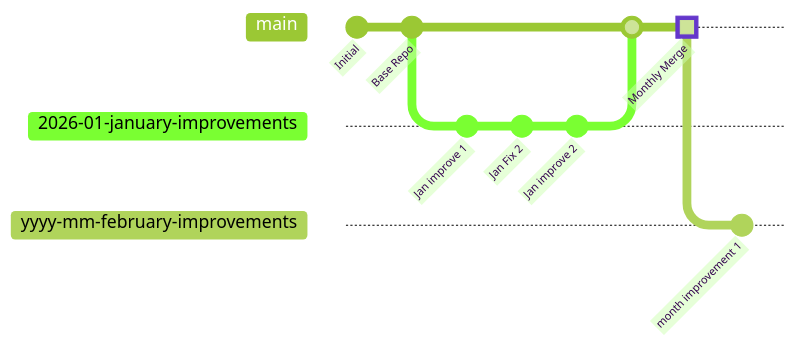
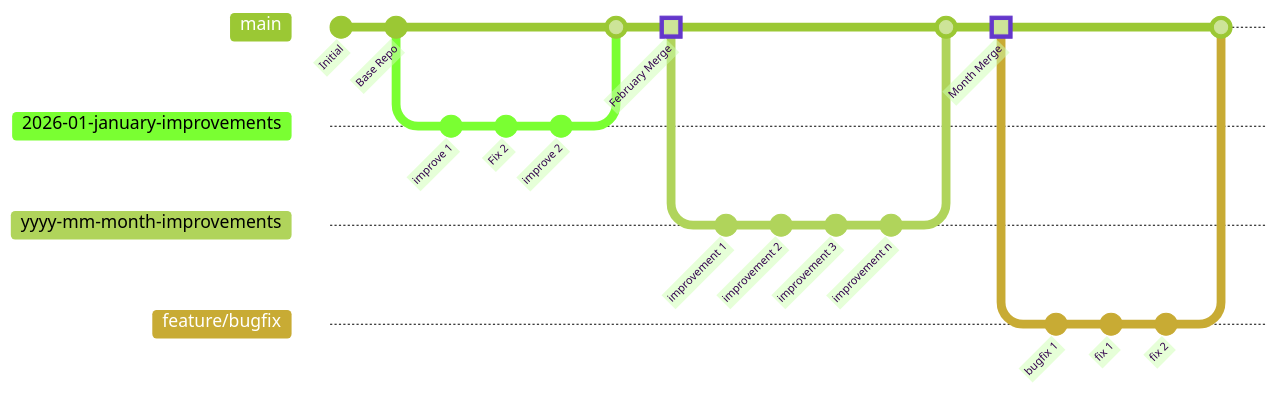
Before and after one commit to aleon1220/utilities-automation-toolbox: the diagram in .github/workflows/readme.md, drawn with Mermaid. The commit also changed other lines of this file and 4 other files, not shown here.

First line of the commit message:
Feature/GitHub actions improve (#15)

````diff
--- a/.github/workflows/readme.md
+++ b/.github/workflows/readme.md
@@ -9,20 +10,39 @@
 ```mermaid
 %%{init: { 'theme': 'forest' } }%%
 gitGraph
     commit id: "Initial"
     commit id: "Base Repo"
     
     branch "2026-01-january-improvements"
     checkout "2026-01-january-improvements"
-    commit id: "Jan improve 1"
-    commit id: "Jan Fix 2"
-    commit id: "Jan improve 2"
+    commit id: "improve 1"
+    commit id: "Fix 2"
+    commit id: "improve 2"
     
     checkout main
     merge "2026-01-january-improvements"
-    commit id: "Monthly Merge" type: HIGHLIGHT
+    commit id: "February Merge" type: HIGHLIGHT
+       
+    branch "yyyy-mm-month-improvements"
+    checkout "yyyy-mm-month-improvements"
+    commit id: "improvement 1"
+    commit id: "improvement 2"
+    commit id: "improvement 3"
+    commit id: "improvement n"
+
+    checkout main
+    merge "yyyy-mm-month-improvements"
+    commit id: "Month Merge" type: HIGHLIGHT
+
+    branch "feature/bugfix"
+    checkout "feature/bugfix"
+    commit id: "bugfix 1"
+
+    checkout "feature/bugfix"
+    commit id: "fix 1"
+    commit id: "fix 2"
+    checkout main
+    merge "feature/bugfix"
     
-    branch "yyyy-mm-february-improvements"
-    checkout "yyyy-mm-february-improvements"
-    commit id: "month improvement 1"
-``` 
+
+```
````
